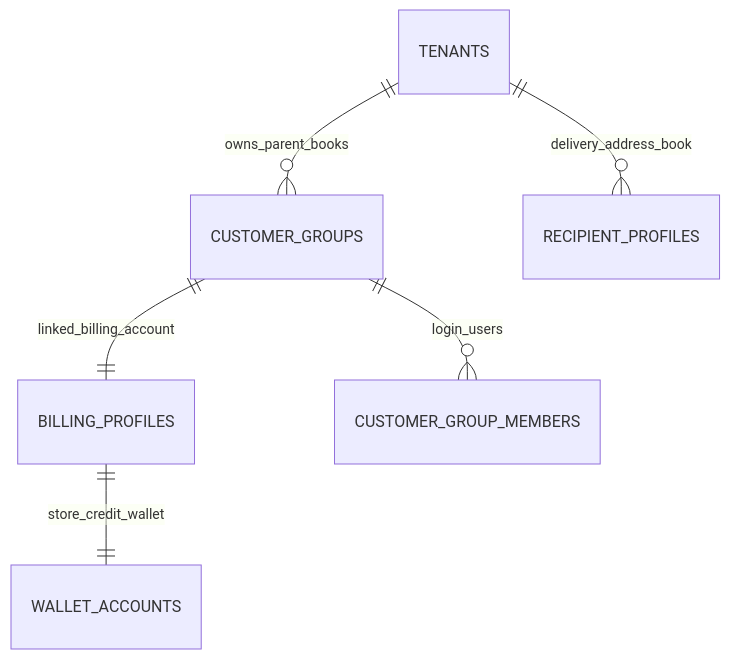
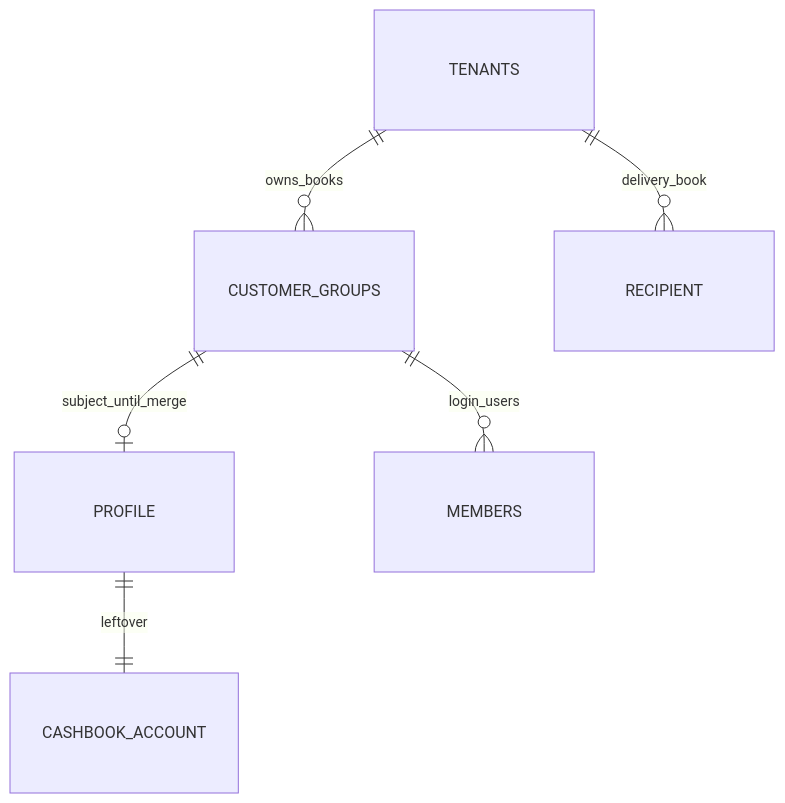
Before and after one commit to david-git-2/brandwala-wholesale-quasar-v2: the first of 2 diagrams in docs/features/customer/02-data-model.md, drawn with Mermaid. The commit also changed other lines of this file and 58 other files, not shown here.

````diff
--- a/docs/features/customer/02-data-model.md
+++ b/docs/features/customer/02-data-model.md
@@ -10,8 +15,10 @@
 ```mermaid
+%%{init: {"er": {"useMaxWidth": true, "layoutDirection": "TB", "minEntityWidth": 220, "minEntityHeight": 90, "entityPadding": 24, "fontSize": 16, "diagramPadding": 32}}}%%
 erDiagram
-    TENANTS ||--o{ CUSTOMER_GROUPS : owns_parent_books
-    CUSTOMER_GROUPS ||--|| BILLING_PROFILES : linked_billing_account
-    CUSTOMER_GROUPS ||--o{ CUSTOMER_GROUP_MEMBERS : login_users
-    BILLING_PROFILES ||--|| WALLET_ACCOUNTS : store_credit_wallet
-    TENANTS ||--o{ RECIPIENT_PROFILES : delivery_address_book
+    direction TB
+    TENANTS ||--o{ CUSTOMER_GROUPS : owns_books
+    CUSTOMER_GROUPS ||--o| PROFILE : subject_until_merge
+    CUSTOMER_GROUPS ||--o{ MEMBERS : login_users
+    PROFILE ||--|| CASHBOOK_ACCOUNT : leftover
+    TENANTS ||--o{ RECIPIENT : delivery_book
 ```
````
